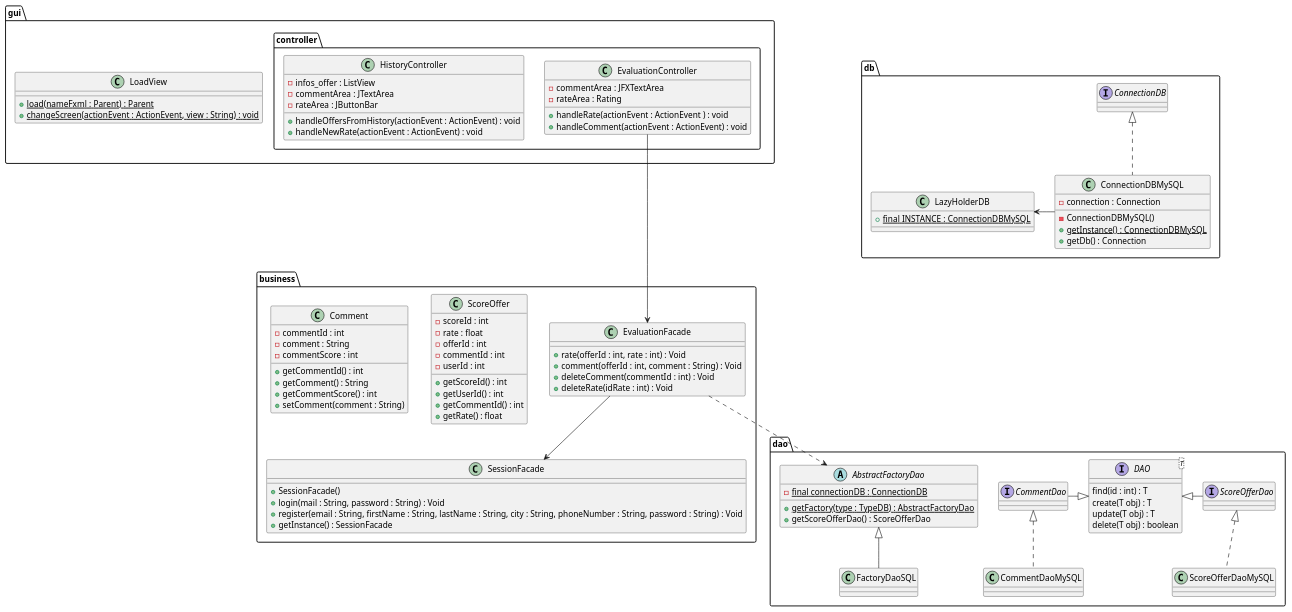
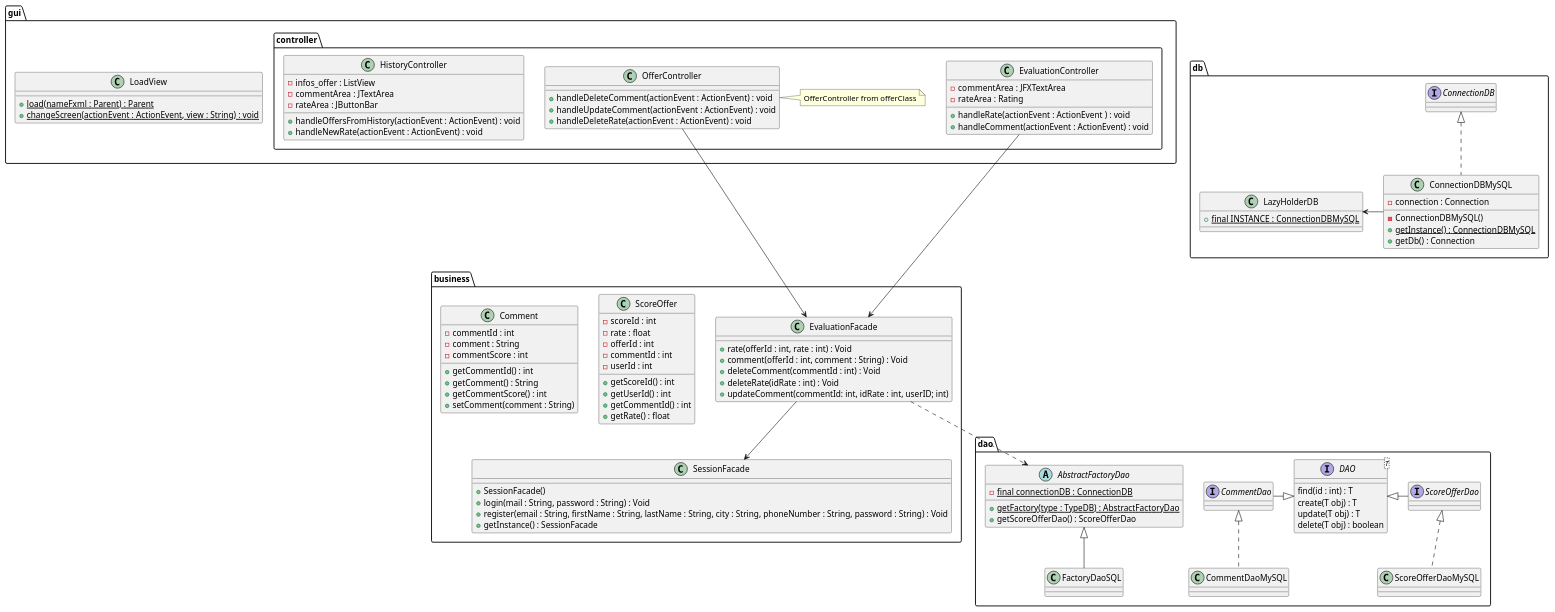
One commit to LaunoisRemy/ToolShare changed the diagram in documents/diagram/evaluation/evaluationClass.puml. Above: the diagram before and after it, drawn with PlantUML. The commit also changed 1 other file, not shown here.

Commit message:
UML : handleDelete/Update rate/comment

```diff
--- a/documents/diagram/evaluation/evaluationClass.puml
+++ b/documents/diagram/evaluation/evaluationClass.puml
@@ -1,124 +1,133 @@
 @startuml
 
 package dao {
 
 
     interface ScoreOfferDao{
     }
     class ScoreOfferDaoMySQL
     interface CommentDao{
     }
     class CommentDaoMySQL
 
     AbstractFactoryDao <|-- FactoryDaoSQL
     ScoreOfferDao <|.. ScoreOfferDaoMySQL
     CommentDao <|.. CommentDaoMySQL
 
     interface DAO<T>{
         find(id : int) : T
         create(T obj) : T
         update(T obj) : T
         delete(T obj) : boolean
     }
 
     abstract AbstractFactoryDao{
         - {static} final connectionDB : ConnectionDB
         + {static} getFactory(type : TypeDB) : AbstractFactoryDao
         + getScoreOfferDao() : ScoreOfferDao
     }
 
     class FactoryDaoSQL{
     }
 
     DAO <|- ScoreOfferDao
     DAO <|-left CommentDao
 }
 package db{
     class ConnectionDBMySQL{
         - connection : Connection
         - ConnectionDBMySQL()
         + {static} getInstance() : ConnectionDBMySQL
         + getDb() : Connection
     }
 
     class LazyHolderDB{
         + {static} final INSTANCE : ConnectionDBMySQL
     }
     interface ConnectionDB
     ConnectionDBMySQL -Left-> LazyHolderDB
     ConnectionDBMySQL .up.|> ConnectionDB
 
 }
 package business{
     class SessionFacade{
         + SessionFacade()
         + login(mail : String, password : String) : Void
         + register(email : String, firstName : String, lastName : String, city : String, phoneNumber : String, password : String) : Void
         + getInstance() : SessionFacade
     }
 
     class EvaluationFacade{
         + rate(offerId : int, rate : int) : Void
         + comment(offerId : int, comment : String) : Void
         + deleteComment(commentId : int) : Void
         + deleteRate(idRate : int) : Void
+        + updateComment(commentId: int, idRate : int, userID; int)
     }
     class ScoreOffer{
         - scoreId : int
         - rate : float
         - offerId : int
         - commentId : int
         - userId : int
         + getScoreId() : int
         + getUserId() : int
         + getCommentId() : int
         + getRate() : float
     }
 
     class Comment{
     - commentId : int
     - comment : String
     - commentScore : int
     + getCommentId() : int
     + getComment() : String
     + getCommentScore() : int
     + setComment(comment : String)
     }
 }
 
 package gui{
 
     class LoadView{
         + {static} load(nameFxml : Parent) : Parent
         + {static} changeScreen(actionEvent : ActionEvent, view : String) : void
     }
 
     package controller{
 
         class EvaluationController{
             - commentArea : JFXTextArea
             - rateArea : Rating
 
             + handleRate(actionEvent : ActionEvent ) : void
             + handleComment(actionEvent : ActionEvent) : void
 
         }
         class HistoryController{
             - infos_offer : ListView
             - commentArea : JTextArea
             - rateArea : JButtonBar
             + handleOffersFromHistory(actionEvent : ActionEvent) : void
             + handleNewRate(actionEvent : ActionEvent) : void
 
         }
+        class OfferController{
+            + handleDeleteComment(actionEvent : ActionEvent) : void
+            + handleUpdateComment(actionEvent : ActionEvent) : void
+            + handleDeleteRate(actionEvent : ActionEvent) : void
+
+        }
+        note right : OfferController from offerClass
 
     }
 }
 
 EvaluationFacade <--Up- EvaluationController
+EvaluationFacade <--Up- OfferController
 EvaluationFacade --> SessionFacade
 EvaluationFacade ..> AbstractFactoryDao
 
 
 
 @enduml
```
